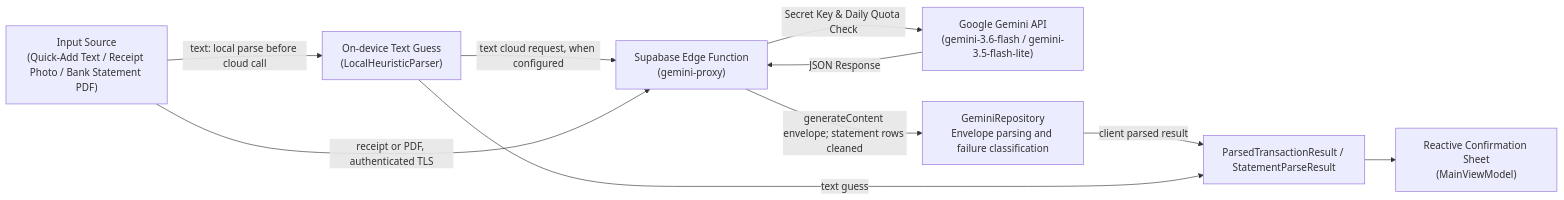
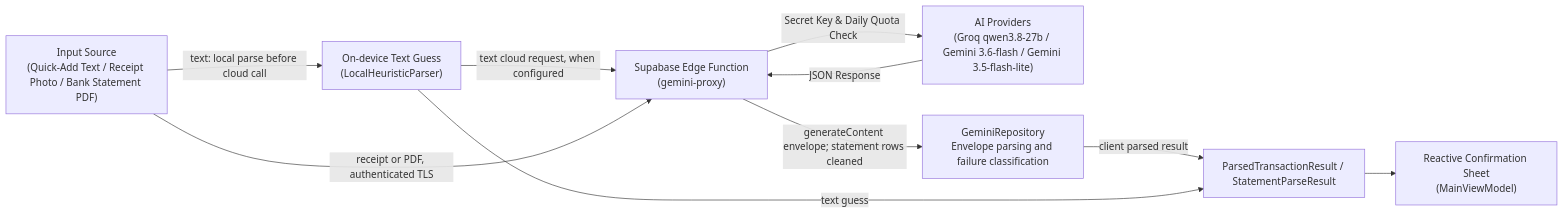
One commit to vaibhavcodesx/kharcha-paani changed the sixth of 6 diagrams in docs/architecture.md. Above: the diagram before and after it, drawn with Mermaid. The commit also changed other lines of this file and 1 other file, not shown here.

Commit message:
[antigravity] 392: bring architecture map up to date

````diff
--- a/docs/architecture.md
+++ b/docs/architecture.md
@@ -279,19 +287,19 @@
 ```mermaid
 flowchart LR
     Input["Input Source\n(Quick-Add Text / Receipt Photo / Bank Statement PDF)"]
     LocalFallback["On-device Text Guess\n(LocalHeuristicParser)"]
     EdgeFunction["Supabase Edge Function\n(gemini-proxy)"]
-    GeminiModel["Google Gemini API\n(gemini-3.6-flash / gemini-3.5-flash-lite)"]
+    GeminiModel["AI Providers\n(Groq qwen3.8-27b / Gemini 3.6-flash / Gemini 3.5-flash-lite)"]
     ClientParse["GeminiRepository\nEnvelope parsing and failure classification"]
     Result["ParsedTransactionResult / StatementParseResult"]
 
     Input -->|text: local parse before cloud call| LocalFallback
     LocalFallback -->|text cloud request, when configured| EdgeFunction
     Input -->|receipt or PDF, authenticated TLS| EdgeFunction
     EdgeFunction -->|Secret Key & Daily Quota Check| GeminiModel
     GeminiModel -->|JSON Response| EdgeFunction
     EdgeFunction -->|generateContent envelope; statement rows cleaned| ClientParse
     ClientParse -->|client parsed result| Result
     LocalFallback -->|text guess| Result
     Result --> BottomSheet["Reactive Confirmation Sheet\n(MainViewModel)"]
 ```
````
